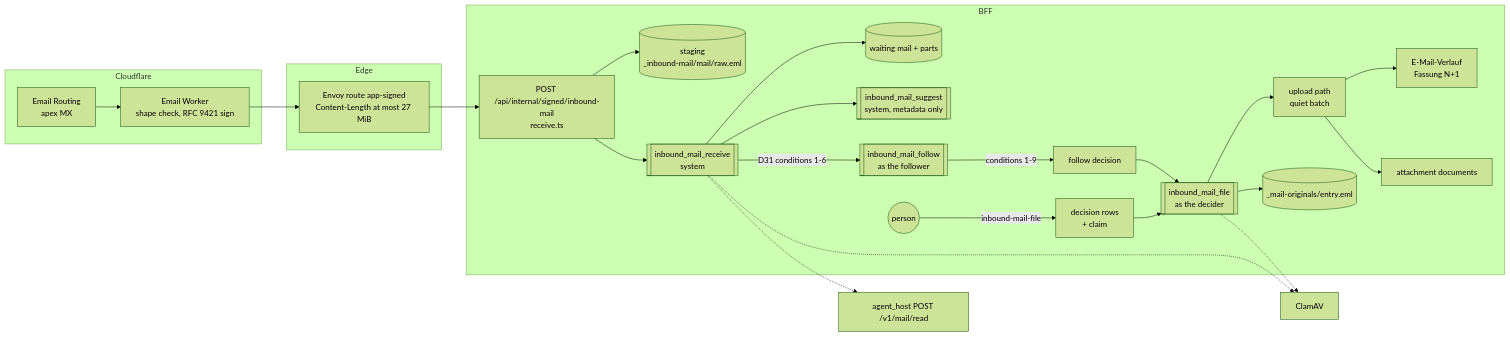
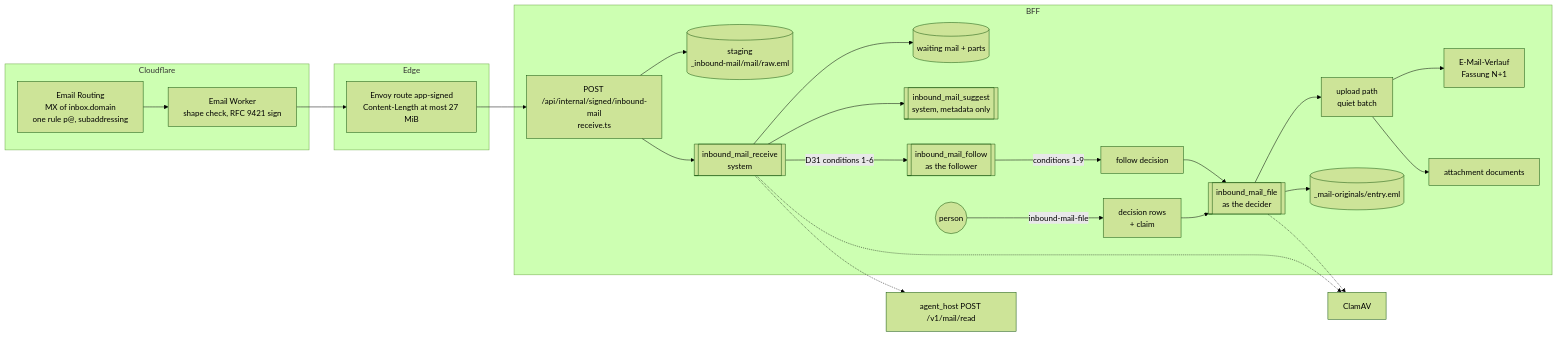
The first of 2 diagrams in docs/architecture/inbound-mail.md (archos-at/archos), drawn with Mermaid (forest theme) before and after one commit. The commit also changed other lines of this file and 48 other files, not shown here.

````diff
--- a/docs/architecture/inbound-mail.md
+++ b/docs/architecture/inbound-mail.md
@@ -21,27 +22,27 @@
 ```mermaid
 flowchart LR
   subgraph Cloudflare
-    MX[Email Routing<br/>apex MX] --> W[Email Worker<br/>shape check, RFC 9421 sign]
+    MX[Email Routing<br/>MX of inbox.domain<br/>one rule p@, subaddressing] --> W[Email Worker<br/>shape check, RFC 9421 sign]
   end
   subgraph Edge
     E[Envoy route app-signed<br/>Content-Length at most 27 MiB]
   end
   subgraph BFF
     R[POST /api/internal/signed/inbound-mail<br/>receive.ts] --> S[(staging<br/>_inbound-mail/mail/raw.eml)]
     R --> Q1[[inbound_mail_receive<br/>system]]
     Q1 --> H[(waiting mail + parts)]
     Q1 --> Q2[[inbound_mail_suggest<br/>system, metadata only]]
     Q1 -->|D31 conditions 1-6| Q4[[inbound_mail_follow<br/>as the follower]]
     P((person)) -->|inbound-mail-file| D[decision rows<br/>+ claim]
     D --> Q3[[inbound_mail_file<br/>as the decider]]
     Q4 -->|conditions 1-9| D2[follow decision] --> Q3
     Q3 --> U[upload path<br/>quiet batch]
     U --> V[E-Mail-Verlauf<br/>Fassung N+1]
     U --> A[attachment documents]
     Q3 --> O[(_mail-originals/entry.eml)]
   end
   W --> E --> R
   Q1 -.-> PY[agent_host POST /v1/mail/read]
   Q1 -.-> AV[ClamAV]
   Q3 -.-> AV
 ```
````
